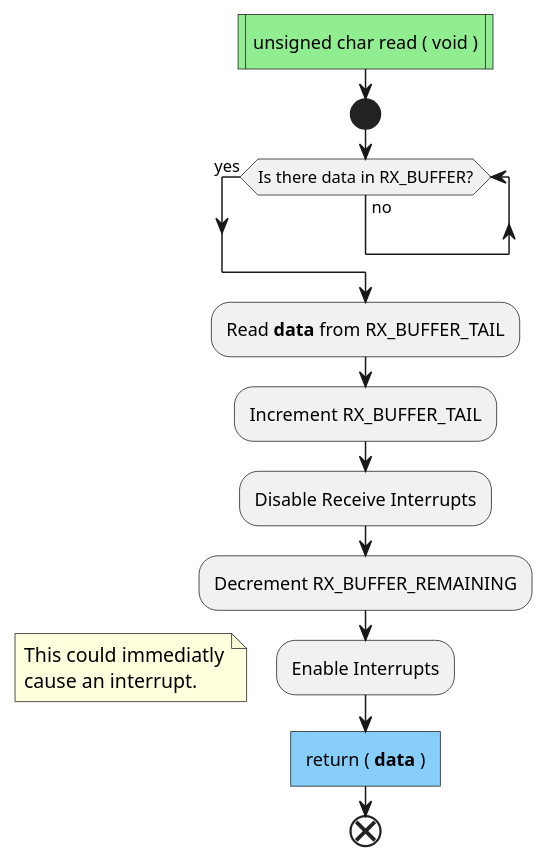
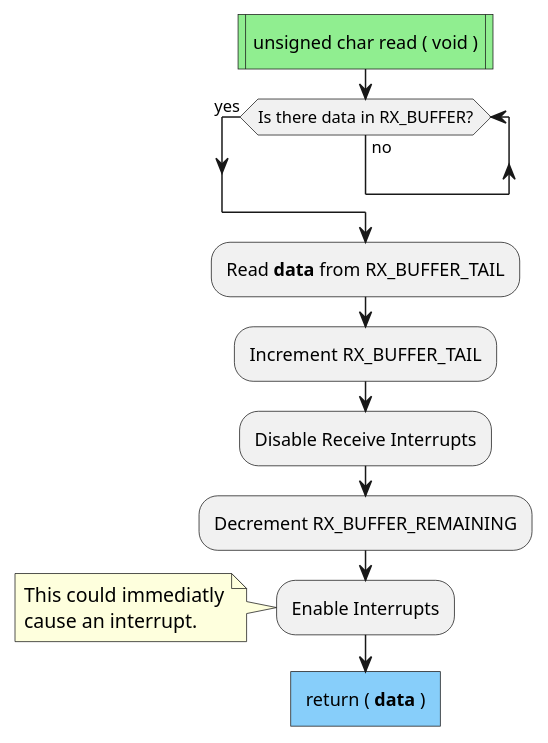
One commit to Rex--/powerpic changed the second of 3 diagrams in firmware/docs/diagrams/driver-uart.puml. Above: the diagram before and after it, drawn with PlantUML. The commit also changed other lines of this file and 36 other files, not shown here.

```diff
--- a/firmware/docs/diagrams/driver-uart.puml
+++ b/firmware/docs/diagrams/driver-uart.puml
@@ -34,18 +31,16 @@
 @startuml driver-uart-read
 skinparam ConditionEndStyle hline
 #LightGreen:unsigned char read ( void )|
-start
 while (Is there data in RX_BUFFER?) is (no)
 endwhile(yes)
 :Read **data** from RX_BUFFER_TAIL;
 :Increment RX_BUFFER_TAIL;
 :Disable Receive Interrupts;
 :Decrement RX_BUFFER_REMAINING;
 :Enable Interrupts;
-floating note left
+note left
     This could immediatly
     cause an interrupt.
 end note
 #LightSkyBlue:return ( **data** )]
-end
 @enduml
```
